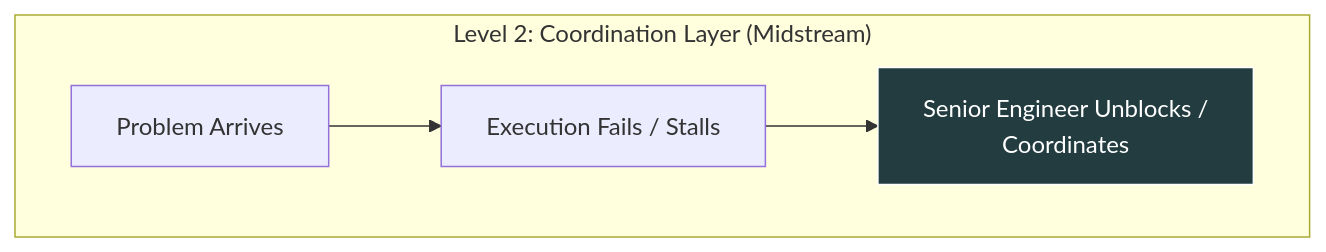
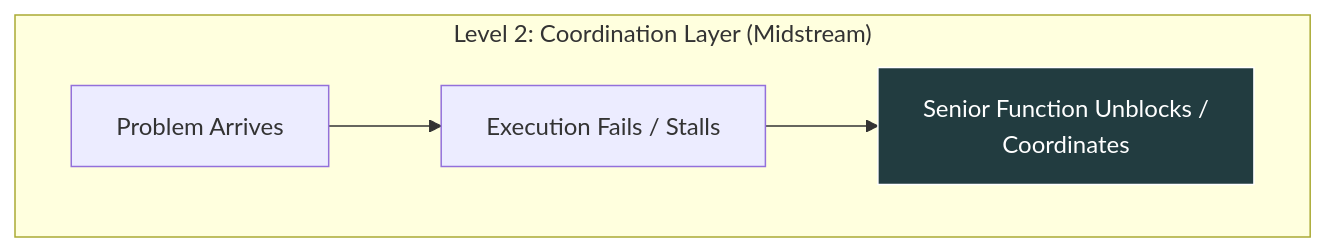
One commit to Shelbournator/thoughts changed the second of 3 diagrams in _posts/2026-04-29-the-attending-architect.md. Above: the diagram before and after it, drawn with Mermaid. The commit also changed other lines of this file, not shown here.

````diff
--- a/_posts/2026-04-29-the-attending-architect.md
+++ b/_posts/2026-04-29-the-attending-architect.md
@@ -106,9 +106,9 @@
 ```mermaid
 graph TD
 
     subgraph "Level 2: Coordination Layer (Midstream)"
-        C1["Problem Arrives"] --> C2["Execution Fails / Stalls"] --> C3["Senior Engineer Unblocks /<br> Coordinates"]
+        C1["Problem Arrives"] --> C2["Execution Fails / Stalls"] --> C3["Senior Function Unblocks /<br> Coordinates"]
     end
 
     style C3 fill:#223c40,stroke:#fff,color:#fff
 ```
````
